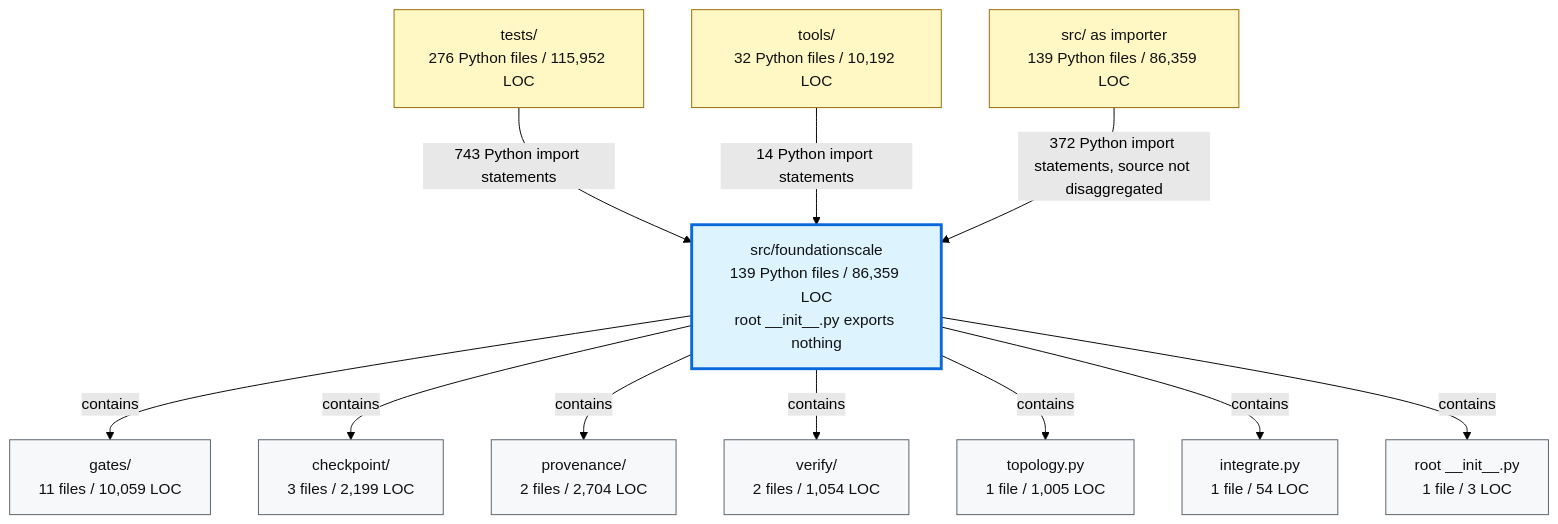
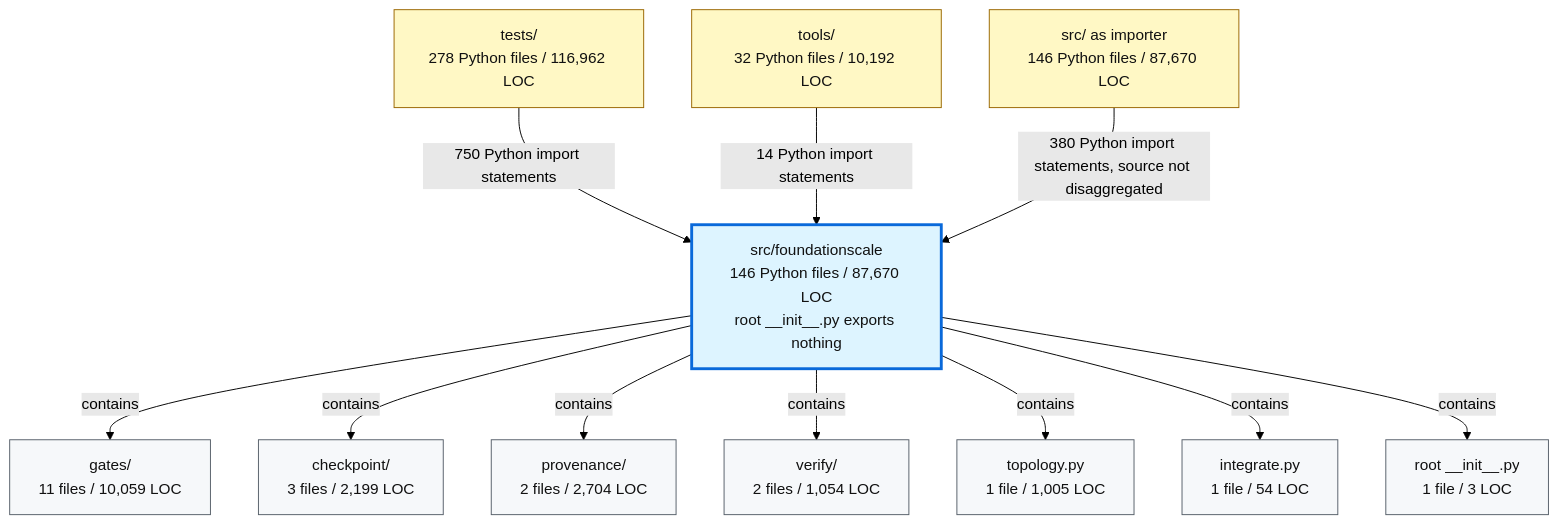
The second of 2 diagrams in docs/review/D2_current_architecture.md (TranNhiem/FoundationScale), drawn with Mermaid (forest theme) before and after one commit. The commit also changed other lines of this file and 10 other files, not shown here.

````diff
--- a/docs/review/D2_current_architecture.md
+++ b/docs/review/D2_current_architecture.md
@@ -97,36 +97,36 @@
 ```mermaid
 flowchart TB
-  TESTS["tests/<br/>276 Python files / 115,952 LOC"]
+  TESTS["tests/<br/>278 Python files / 116,962 LOC"]
   TOOLS["tools/<br/>32 Python files / 10,192 LOC"]
-  SRC["src/ as importer<br/>139 Python files / 86,359 LOC"]
+  SRC["src/ as importer<br/>146 Python files / 87,670 LOC"]
 
-  FS["src/foundationscale<br/>139 Python files / 86,359 LOC<br/>root __init__.py exports nothing"]
+  FS["src/foundationscale<br/>146 Python files / 87,670 LOC<br/>root __init__.py exports nothing"]
 
   GATES["gates/<br/>11 files / 10,059 LOC"]
   CKPT["checkpoint/<br/>3 files / 2,199 LOC"]
   PROV["provenance/<br/>2 files / 2,704 LOC"]
   VERIFY["verify/<br/>2 files / 1,054 LOC"]
   TOPO["topology.py<br/>1 file / 1,005 LOC"]
   INTEG["integrate.py<br/>1 file / 54 LOC"]
   ROOT["root __init__.py<br/>1 file / 3 LOC"]
 
-  TESTS -->|"743 Python import statements"| FS
+  TESTS -->|"750 Python import statements"| FS
   TOOLS -->|"14 Python import statements"| FS
-  SRC -->|"372 Python import statements, source not disaggregated"| FS
+  SRC -->|"380 Python import statements, source not disaggregated"| FS
 
   FS -->|"contains"| GATES
   FS -->|"contains"| CKPT
   FS -->|"contains"| PROV
   FS -->|"contains"| VERIFY
   FS -->|"contains"| TOPO
   FS -->|"contains"| INTEG
   FS -->|"contains"| ROOT
 
   classDef consumer fill:#fff8c5,stroke:#9a6700,color:#111;
   classDef package fill:#ddf4ff,stroke:#0969da,stroke-width:3px,color:#111;
   classDef module fill:#f6f8fa,stroke:#57606a,color:#111;
 
   class TESTS,TOOLS,SRC consumer;
   class FS package;
   class GATES,CKPT,PROV,VERIFY,TOPO,INTEG,ROOT module;
 ```
````
